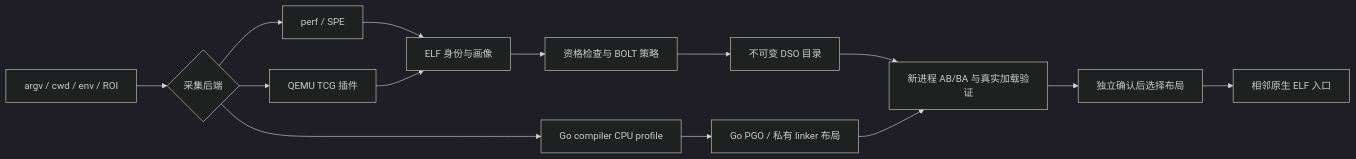
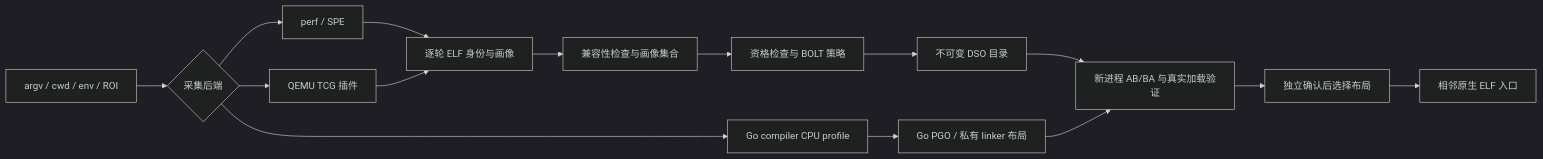
The diagram in docs/ARCHITECTURE.md (chiro2001/trace-guided-optimization), drawn with Mermaid (dark theme) before and after one commit. The commit also changed other lines of this file and 47 other files, not shown here.

````diff
--- a/docs/ARCHITECTURE.md
+++ b/docs/ARCHITECTURE.md
@@ -6,16 +6,17 @@
 ```mermaid
 flowchart LR
   A[argv / cwd / env / ROI] --> B{采集后端}
   B --> P[perf / SPE]
   B --> Q[QEMU TCG 插件]
   B --> J[Go compiler CPU profile]
-  P --> C[ELF 身份与画像]
+  P --> C[逐轮 ELF 身份与画像]
   Q --> C
-  C --> D[资格检查与 BOLT 策略]
+  C --> M[兼容性检查与画像集合]
+  M --> D[资格检查与 BOLT 策略]
   J --> K[Go PGO / 私有 linker 布局]
   D --> E[不可变 DSO 目录]
   E --> F[新进程 AB/BA 与真实加载验证]
   K --> F
   F --> G[独立确认后选择布局]
   G --> H[相邻原生 ELF 入口]
 ```
````
